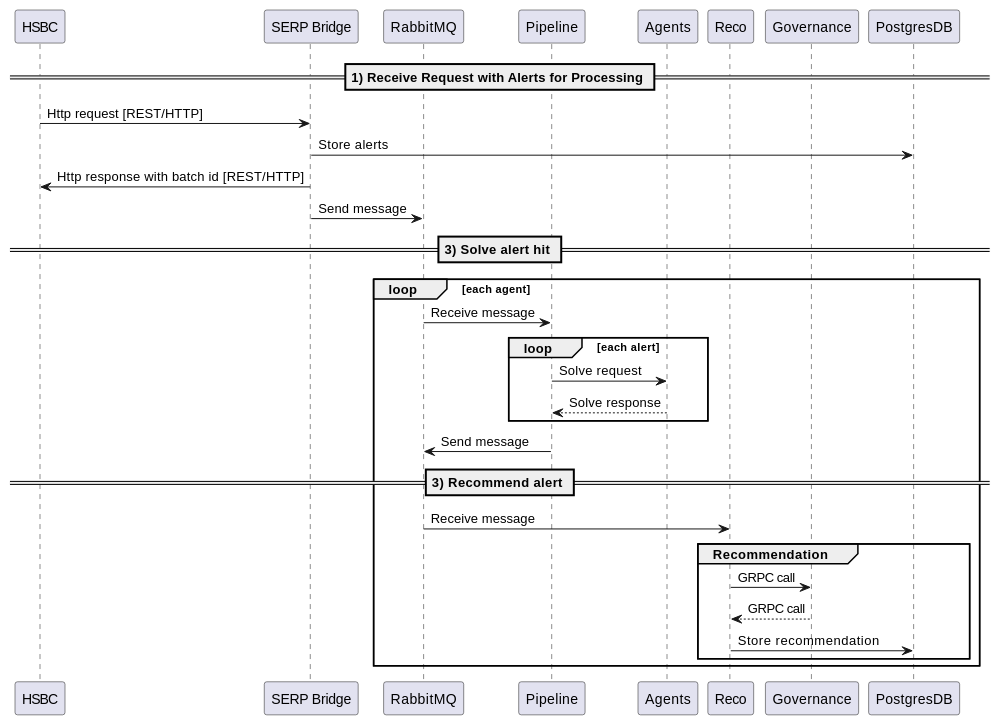
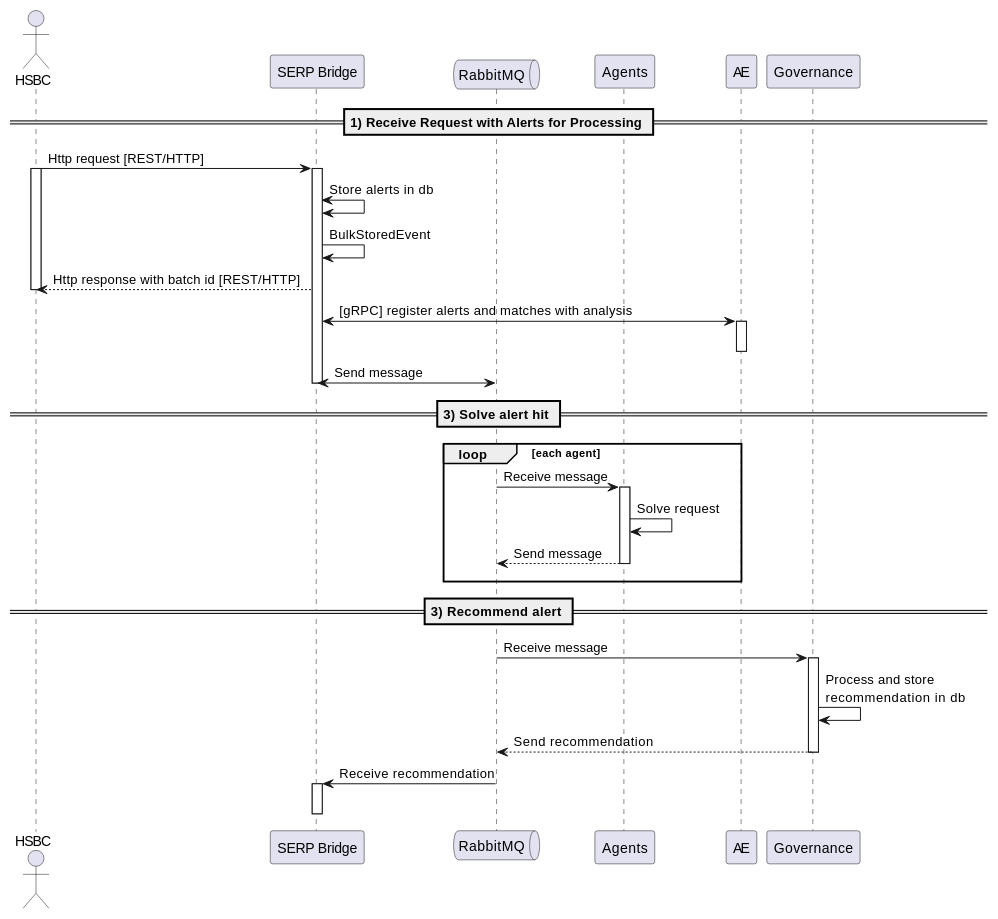
Before and after one commit to ngraczykowski/iris-root: the diagram in modules/hsbc-bridge/docs/diagrams/request-with-alerts-bulk.adoc, drawn with PlantUML. The commit also changed 8 other files, not shown here.

Commit message:
INTERNAL: Review all documentation diagrams (ALL-256)

```diff
--- a/modules/hsbc-bridge/docs/diagrams/request-with-alerts-bulk.adoc
+++ b/modules/hsbc-bridge/docs/diagrams/request-with-alerts-bulk.adoc
@@ -1,37 +1,49 @@
 [plantuml,importing-steps,svg]
 -----
 @startuml
-participant HSBC
-participant "SERP Bridge"
+actor HSBC
+participant "SERP Bridge" as bridge
 
-participant RabbitMQ
-participant Pipeline
+queue RabbitMQ
 participant Agents
-participant Reco
+participant AE as ae
 participant Governance
-participant PostgresDB
 == **1) Receive Request with Alerts for Processing** ==
 
-HSBC -> "SERP Bridge": Http request [REST/HTTP]
-"SERP Bridge" -> PostgresDB: Store alerts
-HSBC <- "SERP Bridge": Http response with batch id [REST/HTTP]
-"SERP Bridge" -> RabbitMQ: Send message
+HSBC -> bridge: Http request [REST/HTTP]
+activate HSBC
+activate bridge
+bridge <-> bridge: Store alerts in db
+bridge -> bridge: BulkStoredEvent
+HSBC <-- bridge: Http response with batch id [REST/HTTP]
+deactivate HSBC
+bridge <-> ae: [gRPC] register alerts and matches with analysis
+activate ae
+deactivate ae
+bridge <-> RabbitMQ: Send message
+deactivate bridge
 
 == **3) Solve alert hit** ==
-    loop each agent
-    RabbitMQ -> Pipeline: Receive message
-loop each alert
-      Pipeline -> Agents : Solve request
-      Agents --> Pipeline : Solve response
-    end
-  Pipeline -> RabbitMQ : Send message
-  == **3) Recommend alert** ==
-  RabbitMQ -> Reco: Receive message
-  group Recommendation
-    Reco -> Governance: GRPC call
-    Governance --> Reco: GRPC call
-    Reco -> PostgresDB: Store recommendation
-  end
+loop each agent
+RabbitMQ -> Agents: Receive message
+
+activate Agents
+
+Agents -> Agents : Solve request
+Agents --> RabbitMQ : Send message
+deactivate Agents
+||10||
 end
+
+== **3) Recommend alert** ==
+RabbitMQ -> Governance: Receive message
+activate Governance
+
+Governance -> Governance: Process and store \nrecommendation in db
+Governance --> RabbitMQ: Send recommendation
+deactivate Governance
+RabbitMQ -> bridge: Receive recommendation
+activate bridge
+deactivate bridge
 @enduml
 -----
```
